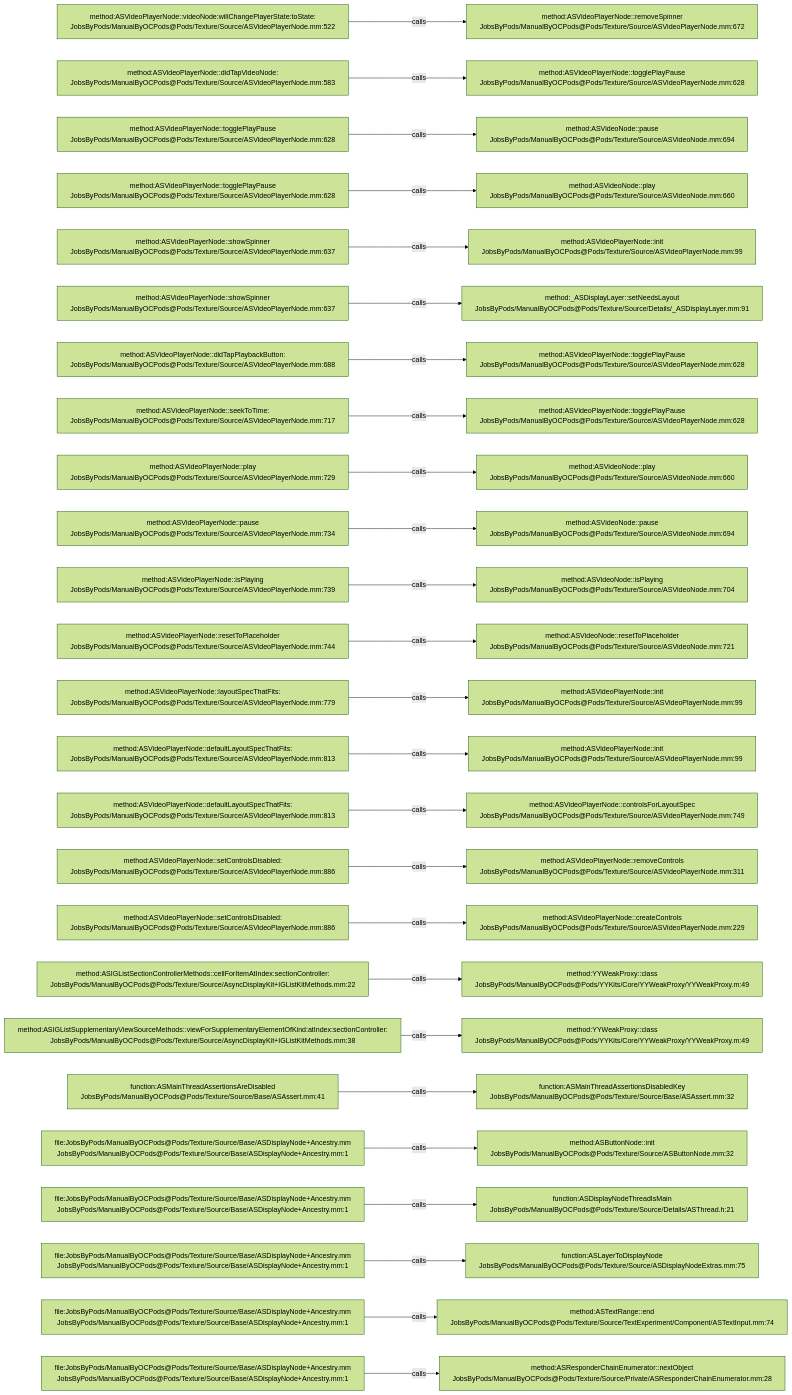
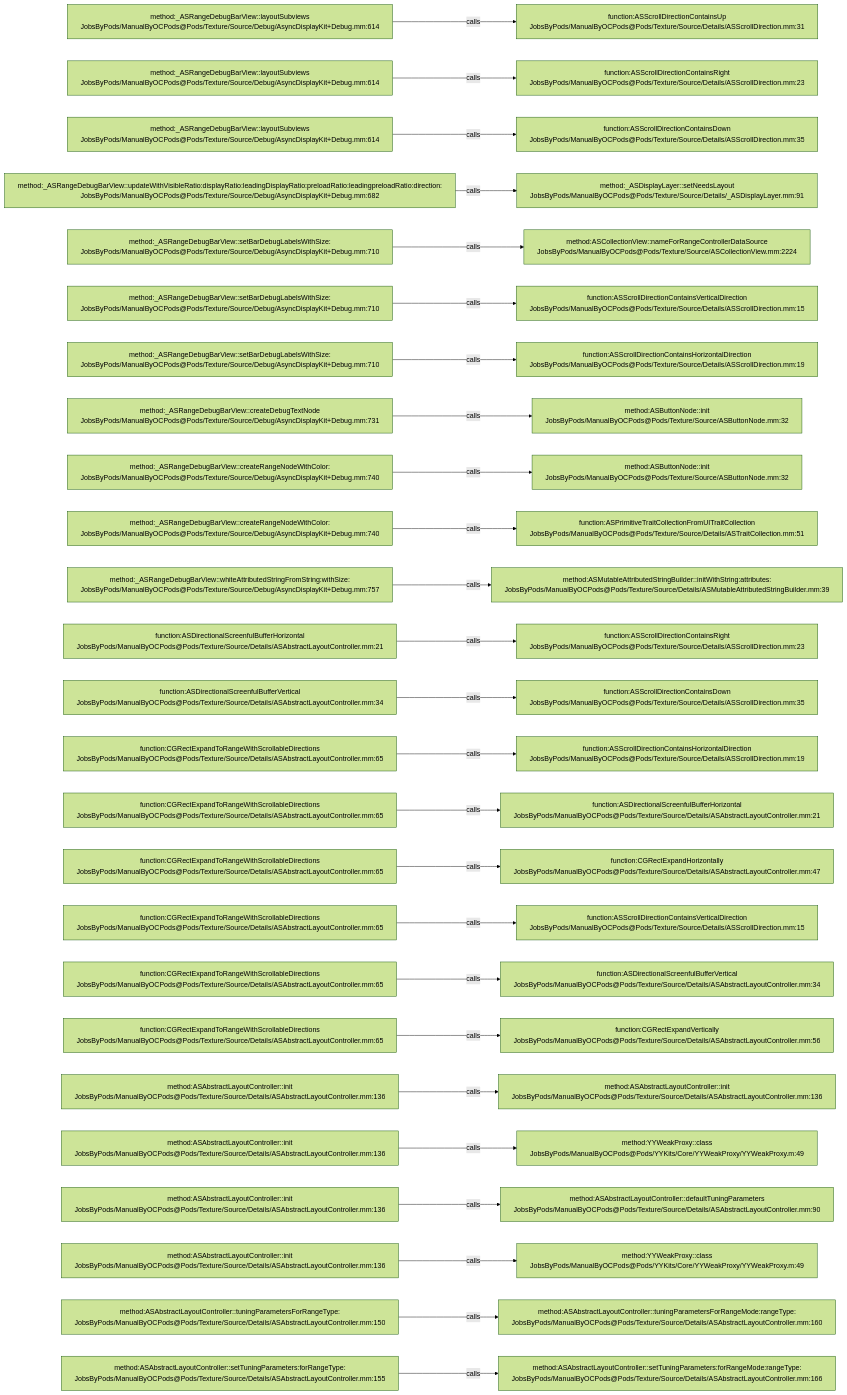
The diagram in .codegraph/codegraph.md/graphs/calls-148.md (JobsKits/JobsOCBaseConfigDemo), drawn with Mermaid (forest theme) before and after one commit. The commit also changed 1353 other files, not shown here.

````diff
--- a/.codegraph/codegraph.md/graphs/calls-148.md
+++ b/.codegraph/codegraph.md/graphs/calls-148.md
@@ -13,78 +13,78 @@
 ```mermaid
 flowchart LR
-  S1["method:ASVideoPlayerNode::videoNode:willChangePlayerState:toState:<br/>JobsByPods/ManualByOCPods@Pods/Texture/Source/ASVideoPlayerNode.mm:522"]
-  T1["method:ASVideoPlayerNode::removeSpinner<br/>JobsByPods/ManualByOCPods@Pods/Texture/Source/ASVideoPlayerNode.mm:672"]
+  S1["method:_ASRangeDebugBarView::layoutSubviews<br/>JobsByPods/ManualByOCPods@Pods/Texture/Source/Debug/AsyncDisplayKit+Debug.mm:614"]
+  T1["function:ASScrollDirectionContainsUp<br/>JobsByPods/ManualByOCPods@Pods/Texture/Source/Details/ASScrollDirection.mm:31"]
   S1 -->|calls| T1
-  S2["method:ASVideoPlayerNode::didTapVideoNode:<br/>JobsByPods/ManualByOCPods@Pods/Texture/Source/ASVideoPlayerNode.mm:583"]
-  T2["method:ASVideoPlayerNode::togglePlayPause<br/>JobsByPods/ManualByOCPods@Pods/Texture/Source/ASVideoPlayerNode.mm:628"]
+  S2["method:_ASRangeDebugBarView::layoutSubviews<br/>JobsByPods/ManualByOCPods@Pods/Texture/Source/Debug/AsyncDisplayKit+Debug.mm:614"]
+  T2["function:ASScrollDirectionContainsRight<br/>JobsByPods/ManualByOCPods@Pods/Texture/Source/Details/ASScrollDirection.mm:23"]
   S2 -->|calls| T2
-  S3["method:ASVideoPlayerNode::togglePlayPause<br/>JobsByPods/ManualByOCPods@Pods/Texture/Source/ASVideoPlayerNode.mm:628"]
-  T3["method:ASVideoNode::pause<br/>JobsByPods/ManualByOCPods@Pods/Texture/Source/ASVideoNode.mm:694"]
+  S3["method:_ASRangeDebugBarView::layoutSubviews<br/>JobsByPods/ManualByOCPods@Pods/Texture/Source/Debug/AsyncDisplayKit+Debug.mm:614"]
+  T3["function:ASScrollDirectionContainsDown<br/>JobsByPods/ManualByOCPods@Pods/Texture/Source/Details/ASScrollDirection.mm:35"]
   S3 -->|calls| T3
-  S4["method:ASVideoPlayerNode::togglePlayPause<br/>JobsByPods/ManualByOCPods@Pods/Texture/Source/ASVideoPlayerNode.mm:628"]
-  T4["method:ASVideoNode::play<br/>JobsByPods/ManualByOCPods@Pods/Texture/Source/ASVideoNode.mm:660"]
+  S4["method:_ASRangeDebugBarView::updateWithVisibleRatio:displayRatio:leadingDisplayRatio:preloadRatio:leadingpreloadRatio:direction:<br/>JobsByPods/ManualByOCPods@Pods/Texture/Source/Debug/AsyncDisplayKit+Debug.mm:682"]
+  T4["method:_ASDisplayLayer::setNeedsLayout<br/>JobsByPods/ManualByOCPods@Pods/Texture/Source/Details/_ASDisplayLayer.mm:91"]
   S4 -->|calls| T4
-  S5["method:ASVideoPlayerNode::showSpinner<br/>JobsByPods/ManualByOCPods@Pods/Texture/Source/ASVideoPlayerNode.mm:637"]
-  T5["method:ASVideoPlayerNode::init<br/>JobsByPods/ManualByOCPods@Pods/Texture/Source/ASVideoPlayerNode.mm:99"]
+  S5["method:_ASRangeDebugBarView::setBarDebugLabelsWithSize:<br/>JobsByPods/ManualByOCPods@Pods/Texture/Source/Debug/AsyncDisplayKit+Debug.mm:710"]
+  T5["method:ASCollectionView::nameForRangeControllerDataSource<br/>JobsByPods/ManualByOCPods@Pods/Texture/Source/ASCollectionView.mm:2224"]
   S5 -->|calls| T5
-  S6["method:ASVideoPlayerNode::showSpinner<br/>JobsByPods/ManualByOCPods@Pods/Texture/Source/ASVideoPlayerNode.mm:637"]
-  T6["method:_ASDisplayLayer::setNeedsLayout<br/>JobsByPods/ManualByOCPods@Pods/Texture/Source/Details/_ASDisplayLayer.mm:91"]
+  S6["method:_ASRangeDebugBarView::setBarDebugLabelsWithSize:<br/>JobsByPods/ManualByOCPods@Pods/Texture/Source/Debug/AsyncDisplayKit+Debug.mm:710"]
+  T6["function:ASScrollDirectionContainsVerticalDirection<br/>JobsByPods/ManualByOCPods@Pods/Texture/Source/Details/ASScrollDirection.mm:15"]
   S6 -->|calls| T6
-  S7["method:ASVideoPlayerNode::didTapPlaybackButton:<br/>JobsByPods/ManualByOCPods@Pods/Texture/Source/ASVideoPlayerNode.mm:688"]
-  T7["method:ASVideoPlayerNode::togglePlayPause<br/>JobsByPods/ManualByOCPods@Pods/Texture/Source/ASVideoPlayerNode.mm:628"]
+  S7["method:_ASRangeDebugBarView::setBarDebugLabelsWithSize:<br/>JobsByPods/ManualByOCPods@Pods/Texture/Source/Debug/AsyncDisplayKit+Debug.mm:710"]
+  T7["function:ASScrollDirectionContainsHorizontalDirection<br/>JobsByPods/ManualByOCPods@Pods/Texture/Source/Details/ASScrollDirection.mm:19"]
   S7 -->|calls| T7
-  S8["method:ASVideoPlayerNode::seekToTime:<br/>JobsByPods/ManualByOCPods@Pods/Texture/Source/ASVideoPlayerNode.mm:717"]
-  T8["method:ASVideoPlayerNode::togglePlayPause<br/>JobsByPods/ManualByOCPods@Pods/Texture/Source/ASVideoPlayerNode.mm:628"]
+  S8["method:_ASRangeDebugBarView::createDebugTextNode<br/>JobsByPods/ManualByOCPods@Pods/Texture/Source/Debug/AsyncDisplayKit+Debug.mm:731"]
+  T8["method:ASButtonNode::init<br/>JobsByPods/ManualByOCPods@Pods/Texture/Source/ASButtonNode.mm:32"]
   S8 -->|calls| T8
-  S9["method:ASVideoPlayerNode::play<br/>JobsByPods/ManualByOCPods@Pods/Texture/Source/ASVideoPlayerNode.mm:729"]
-  T9["method:ASVideoNode::play<br/>JobsByPods/ManualByOCPods@Pods/Texture/Source/ASVideoNode.mm:660"]
+  S9["method:_ASRangeDebugBarView::createRangeNodeWithColor:<br/>JobsByPods/ManualByOCPods@Pods/Texture/Source/Debug/AsyncDisplayKit+Debug.mm:740"]
+  T9["method:ASButtonNode::init<br/>JobsByPods/ManualByOCPods@Pods/Texture/Source/ASButtonNode.mm:32"]
   S9 -->|calls| T9
-  S10["method:ASVideoPlayerNode::pause<br/>JobsByPods/ManualByOCPods@Pods/Texture/Source/ASVideoPlayerNode.mm:734"]
-  T10["method:ASVideoNode::pause<br/>JobsByPods/ManualByOCPods@Pods/Texture/Source/ASVideoNode.mm:694"]
+  S10["method:_ASRangeDebugBarView::createRangeNodeWithColor:<br/>JobsByPods/ManualByOCPods@Pods/Texture/Source/Debug/AsyncDisplayKit+Debug.mm:740"]
+  T10["function:ASPrimitiveTraitCollectionFromUITraitCollection<br/>JobsByPods/ManualByOCPods@Pods/Texture/Source/Details/ASTraitCollection.mm:51"]
   S10 -->|calls| T10
-  S11["method:ASVideoPlayerNode::isPlaying<br/>JobsByPods/ManualByOCPods@Pods/Texture/Source/ASVideoPlayerNode.mm:739"]
-  T11["method:ASVideoNode::isPlaying<br/>JobsByPods/ManualByOCPods@Pods/Texture/Source/ASVideoNode.mm:704"]
+  S11["method:_ASRangeDebugBarView::whiteAttributedStringFromString:withSize:<br/>JobsByPods/ManualByOCPods@Pods/Texture/Source/Debug/AsyncDisplayKit+Debug.mm:757"]
+  T11["method:ASMutableAttributedStringBuilder::initWithString:attributes:<br/>JobsByPods/ManualByOCPods@Pods/Texture/Source/Details/ASMutableAttributedStringBuilder.mm:39"]
   S11 -->|calls| T11
-  S12["method:ASVideoPlayerNode::resetToPlaceholder<br/>JobsByPods/ManualByOCPods@Pods/Texture/Source/ASVideoPlayerNode.mm:744"]
-  T12["method:ASVideoNode::resetToPlaceholder<br/>JobsByPods/ManualByOCPods@Pods/Texture/Source/ASVideoNode.mm:721"]
+  S12["function:ASDirectionalScreenfulBufferHorizontal<br/>JobsByPods/ManualByOCPods@Pods/Texture/Source/Details/ASAbstractLayoutController.mm:21"]
+  T12["function:ASScrollDirectionContainsRight<br/>JobsByPods/ManualByOCPods@Pods/Texture/Source/Details/ASScrollDirection.mm:23"]
   S12 -->|calls| T12
-  S13["method:ASVideoPlayerNode::layoutSpecThatFits:<br/>JobsByPods/ManualByOCPods@Pods/Texture/Source/ASVideoPlayerNode.mm:779"]
-  T13["method:ASVideoPlayerNode::init<br/>JobsByPods/ManualByOCPods@Pods/Texture/Source/ASVideoPlayerNode.mm:99"]
+  S13["function:ASDirectionalScreenfulBufferVertical<br/>JobsByPods/ManualByOCPods@Pods/Texture/Source/Details/ASAbstractLayoutController.mm:34"]
+  T13["function:ASScrollDirectionContainsDown<br/>JobsByPods/ManualByOCPods@Pods/Texture/Source/Details/ASScrollDirection.mm:35"]
   S13 -->|calls| T13
-  S14["method:ASVideoPlayerNode::defaultLayoutSpecThatFits:<br/>JobsByPods/ManualByOCPods@Pods/Texture/Source/ASVideoPlayerNode.mm:813"]
-  T14["method:ASVideoPlayerNode::init<br/>JobsByPods/ManualByOCPods@Pods/Texture/Source/ASVideoPlayerNode.mm:99"]
+  S14["function:CGRectExpandToRangeWithScrollableDirections<br/>JobsByPods/ManualByOCPods@Pods/Texture/Source/Details/ASAbstractLayoutController.mm:65"]
+  T14["function:ASScrollDirectionContainsHorizontalDirection<br/>JobsByPods/ManualByOCPods@Pods/Texture/Source/Details/ASScrollDirection.mm:19"]
   S14 -->|calls| T14
-  S15["method:ASVideoPlayerNode::defaultLayoutSpecThatFits:<br/>JobsByPods/ManualByOCPods@Pods/Texture/Source/ASVideoPlayerNode.mm:813"]
-  T15["method:ASVideoPlayerNode::controlsForLayoutSpec<br/>JobsByPods/ManualByOCPods@Pods/Texture/Source/ASVideoPlayerNode.mm:749"]
+  S15["function:CGRectExpandToRangeWithScrollableDirections<br/>JobsByPods/ManualByOCPods@Pods/Texture/Source/Details/ASAbstractLayoutController.mm:65"]
+  T15["function:ASDirectionalScreenfulBufferHorizontal<br/>JobsByPods/ManualByOCPods@Pods/Texture/Source/Details/ASAbstractLayoutController.mm:21"]
   S15 -->|calls| T15
-  S16["method:ASVideoPlayerNode::setControlsDisabled:<br/>JobsByPods/ManualByOCPods@Pods/Texture/Source/ASVideoPlayerNode.mm:886"]
-  T16["method:ASVideoPlayerNode::removeControls<br/>JobsByPods/ManualByOCPods@Pods/Texture/Source/ASVideoPlayerNode.mm:311"]
+  S16["function:CGRectExpandToRangeWithScrollableDirections<br/>JobsByPods/ManualByOCPods@Pods/Texture/Source/Details/ASAbstractLayoutController.mm:65"]
+  T16["function:CGRectExpandHorizontally<br/>JobsByPods/ManualByOCPods@Pods/Texture/Source/Details/ASAbstractLayoutController.mm:47"]
   S16 -->|calls| T16
-  S17["method:ASVideoPlayerNode::setControlsDisabled:<br/>JobsByPods/ManualByOCPods@Pods/Texture/Source/ASVideoPlayerNode.mm:886"]
-  T17["method:ASVideoPlayerNode::createControls<br/>JobsByPods/ManualByOCPods@Pods/Texture/Source/ASVideoPlayerNode.mm:229"]
+  S17["function:CGRectExpandToRangeWithScrollableDirections<br/>JobsByPods/ManualByOCPods@Pods/Texture/Source/Details/ASAbstractLayoutController.mm:65"]
+  T17["function:ASScrollDirectionContainsVerticalDirection<br/>JobsByPods/ManualByOCPods@Pods/Texture/Source/Details/ASScrollDirection.mm:15"]
   S17 -->|calls| T17
-  S18["method:ASIGListSectionControllerMethods::cellForItemAtIndex:sectionController:<br/>JobsByPods/ManualByOCPods@Pods/Texture/Source/AsyncDisplayKit+IGListKitMethods.mm:22"]
-  T18["method:YYWeakProxy::class<br/>JobsByPods/ManualByOCPods@Pods/YYKits/Core/YYWeakProxy/YYWeakProxy.m:49"]
+  S18["function:CGRectExpandToRangeWithScrollableDirections<br/>JobsByPods/ManualByOCPods@Pods/Texture/Source/Details/ASAbstractLayoutController.mm:65"]
+  T18["function:ASDirectionalScreenfulBufferVertical<br/>JobsByPods/ManualByOCPods@Pods/Texture/Source/Details/ASAbstractLayoutController.mm:34"]
   S18 -->|calls| T18
-  S19["method:ASIGListSupplementaryViewSourceMethods::viewForSupplementaryElementOfKind:atIndex:sectionController:<br/>JobsByPods/ManualByOCPods@Pods/Texture/Source/AsyncDisplayKit+IGListKitMethods.mm:38"]
-  T19["method:YYWeakProxy::class<br/>JobsByPods/ManualByOCPods@Pods/YYKits/Core/YYWeakProxy/YYWeakProxy.m:49"]
+  S19["function:CGRectExpandToRangeWithScrollableDirections<br/>JobsByPods/ManualByOCPods@Pods/Texture/Source/Details/ASAbstractLayoutController.mm:65"]
+  T19["function:CGRectExpandVertically<br/>JobsByPods/ManualByOCPods@Pods/Texture/Source/Details/ASAbstractLayoutController.mm:56"]
   S19 -->|calls| T19
-  S20["function:ASMainThreadAssertionsAreDisabled<br/>JobsByPods/ManualByOCPods@Pods/Texture/Source/Base/ASAssert.mm:41"]
-  T20["function:ASMainThreadAssertionsDisabledKey<br/>JobsByPods/ManualByOCPods@Pods/Texture/Source/Base/ASAssert.mm:32"]
+  S20["method:ASAbstractLayoutController::init<br/>JobsByPods/ManualByOCPods@Pods/Texture/Source/Details/ASAbstractLayoutController.mm:136"]
+  T20["method:ASAbstractLayoutController::init<br/>JobsByPods/ManualByOCPods@Pods/Texture/Source/Details/ASAbstractLayoutController.mm:136"]
   S20 -->|calls| T20
-  S21["file:JobsByPods/ManualByOCPods@Pods/Texture/Source/Base/ASDisplayNode+Ancestry.mm<br/>JobsByPods/ManualByOCPods@Pods/Texture/Source/Base/ASDisplayNode+Ancestry.mm:1"]
-  T21["method:ASButtonNode::init<br/>JobsByPods/ManualByOCPods@Pods/Texture/Source/ASButtonNode.mm:32"]
+  S21["method:ASAbstractLayoutController::init<br/>JobsByPods/ManualByOCPods@Pods/Texture/Source/Details/ASAbstractLayoutController.mm:136"]
+  T21["method:YYWeakProxy::class<br/>JobsByPods/ManualByOCPods@Pods/YYKits/Core/YYWeakProxy/YYWeakProxy.m:49"]
   S21 -->|calls| T21
-  S22["file:JobsByPods/ManualByOCPods@Pods/Texture/Source/Base/ASDisplayNode+Ancestry.mm<br/>JobsByPods/ManualByOCPods@Pods/Texture/Source/Base/ASDisplayNode+Ancestry.mm:1"]
-  T22["function:ASDisplayNodeThreadIsMain<br/>JobsByPods/ManualByOCPods@Pods/Texture/Source/Details/ASThread.h:21"]
+  S22["method:ASAbstractLayoutController::init<br/>JobsByPods/ManualByOCPods@Pods/Texture/Source/Details/ASAbstractLayoutController.mm:136"]
+  T22["method:ASAbstractLayoutController::defaultTuningParameters<br/>JobsByPods/ManualByOCPods@Pods/Texture/Source/Details/ASAbstractLayoutController.mm:90"]
   S22 -->|calls| T22
-  S23["file:JobsByPods/ManualByOCPods@Pods/Texture/Source/Base/ASDisplayNode+Ancestry.mm<br/>JobsByPods/ManualByOCPods@Pods/Texture/Source/Base/ASDisplayNode+Ancestry.mm:1"]
-  T23["function:ASLayerToDisplayNode<br/>JobsByPods/ManualByOCPods@Pods/Texture/Source/ASDisplayNodeExtras.mm:75"]
+  S23["method:ASAbstractLayoutController::init<br/>JobsByPods/ManualByOCPods@Pods/Texture/Source/Details/ASAbstractLayoutController.mm:136"]
+  T23["method:YYWeakProxy::class<br/>JobsByPods/ManualByOCPods@Pods/YYKits/Core/YYWeakProxy/YYWeakProxy.m:49"]
   S23 -->|calls| T23
-  S24["file:JobsByPods/ManualByOCPods@Pods/Texture/Source/Base/ASDisplayNode+Ancestry.mm<br/>JobsByPods/ManualByOCPods@Pods/Texture/Source/Base/ASDisplayNode+Ancestry.mm:1"]
-  T24["method:ASTextRange::end<br/>JobsByPods/ManualByOCPods@Pods/Texture/Source/TextExperiment/Component/ASTextInput.mm:74"]
+  S24["method:ASAbstractLayoutController::tuningParametersForRangeType:<br/>JobsByPods/ManualByOCPods@Pods/Texture/Source/Details/ASAbstractLayoutController.mm:150"]
+  T24["method:ASAbstractLayoutController::tuningParametersForRangeMode:rangeType:<br/>JobsByPods/ManualByOCPods@Pods/Texture/Source/Details/ASAbstractLayoutController.mm:160"]
   S24 -->|calls| T24
-  S25["file:JobsByPods/ManualByOCPods@Pods/Texture/Source/Base/ASDisplayNode+Ancestry.mm<br/>JobsByPods/ManualByOCPods@Pods/Texture/Source/Base/ASDisplayNode+Ancestry.mm:1"]
-  T25["method:ASResponderChainEnumerator::nextObject<br/>JobsByPods/ManualByOCPods@Pods/Texture/Source/Private/ASResponderChainEnumerator.mm:28"]
+  S25["method:ASAbstractLayoutController::setTuningParameters:forRangeType:<br/>JobsByPods/ManualByOCPods@Pods/Texture/Source/Details/ASAbstractLayoutController.mm:155"]
+  T25["method:ASAbstractLayoutController::setTuningParameters:forRangeMode:rangeType:<br/>JobsByPods/ManualByOCPods@Pods/Texture/Source/Details/ASAbstractLayoutController.mm:166"]
   S25 -->|calls| T25
 ```
````
